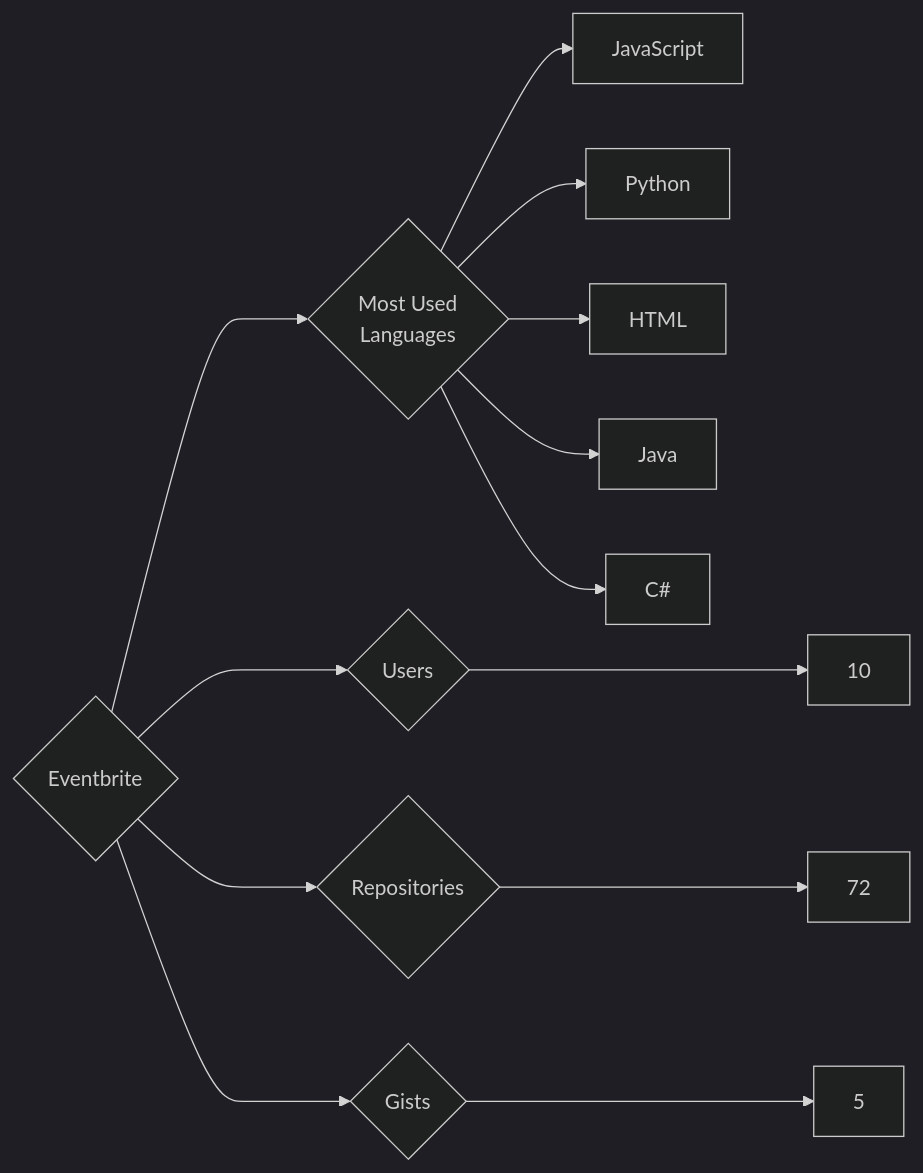
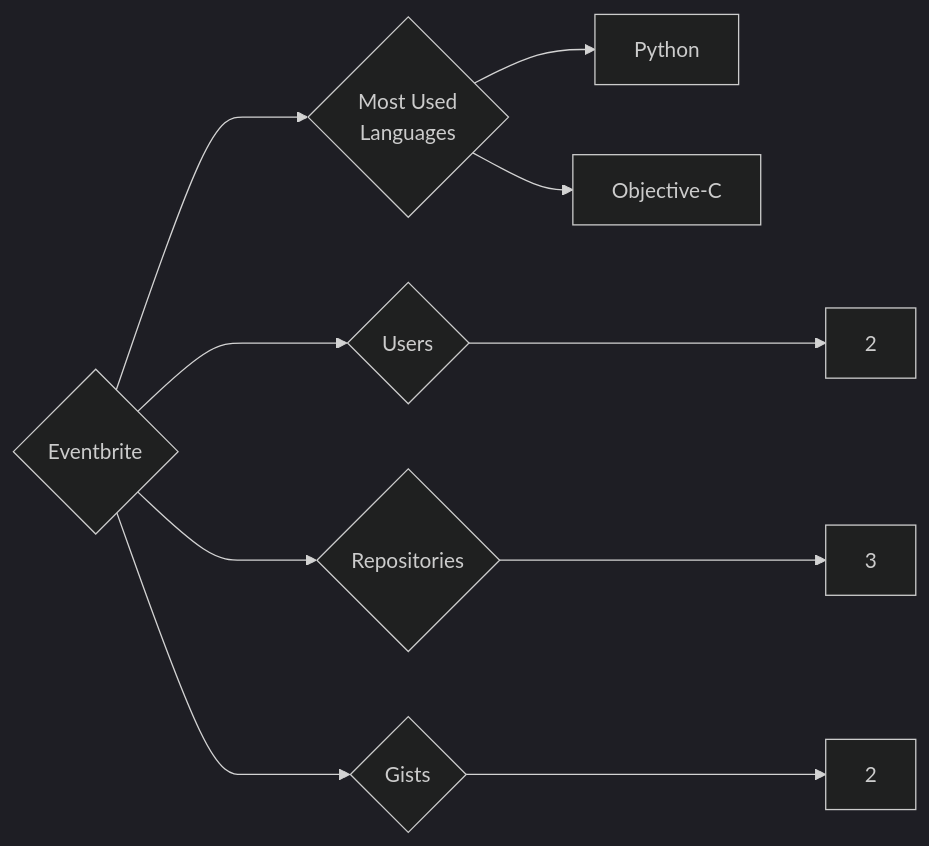
The diagram in targets/Eventbrite/README.md (trickest/insiders), drawn with Mermaid (dark theme) before and after one commit. The commit also changed 783 other files, not shown here.

````diff
--- a/targets/Eventbrite/README.md
+++ b/targets/Eventbrite/README.md
@@ -3,13 +3,10 @@
 ```mermaid
 graph LR
 COMPANY_NAME{Eventbrite}
-COMPANY_NAME ---> U{Users} ---> UN[10]
-COMPANY_NAME ---> R{Repositories} ---> RN[72]
-COMPANY_NAME ---> G{Gists} ---> GN[5]
+COMPANY_NAME ---> U{Users} ---> UN[2]
+COMPANY_NAME ---> R{Repositories} ---> RN[3]
+COMPANY_NAME ---> G{Gists} ---> GN[2]
 COMPANY_NAME ---> ML{Most Used<br>Languages}
-ML --> JavaScript[JavaScript]
 ML --> Python[Python]
-ML --> HTML[HTML]
-ML --> Java[Java]
-ML --> C#[C#]
+ML --> Objective-C[Objective-C]
 ```
````
